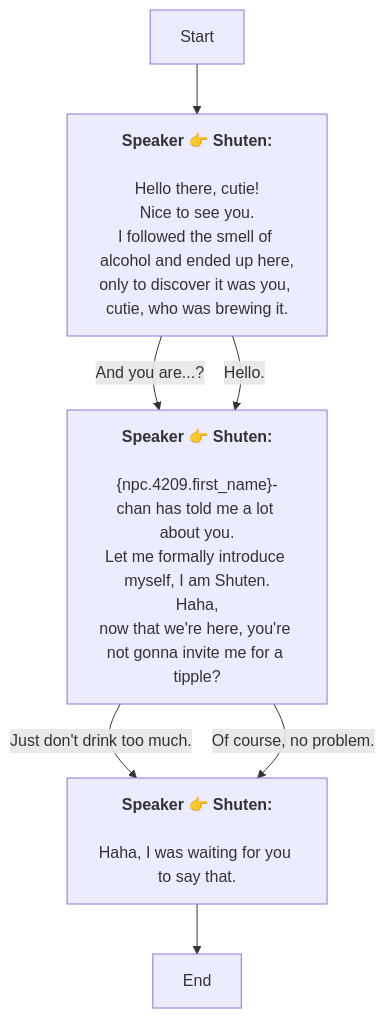
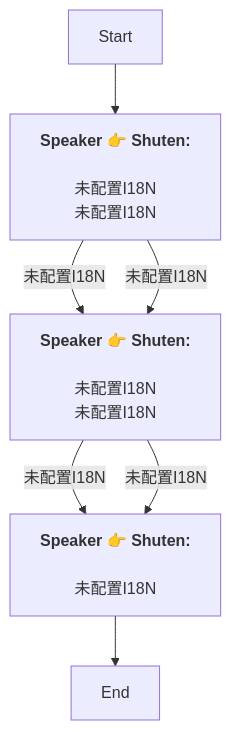
The diagram in En/QuestStartTalkENode_1754563439787790.md (SoftHu/tos_avg), drawn with Mermaid before and after one commit. The commit also changed 730 other files, not shown here.

````diff
--- a/En/QuestStartTalkENode_1754563439787790.md
+++ b/En/QuestStartTalkENode_1754563439787790.md
@@ -1,21 +1,15 @@
 ```mermaid
 graph
 Start -->1754563588606737[<b>Speaker 👉 Shuten:</b>
-\nHello there, cutie!
-Nice to see you.\nI followed the smell of alcohol and ended up here,
-only to discover it was you, cutie, who was brewing it.]
-1754563588606737 -->|And you are...?|1754563748030231[<b>Speaker 👉 Shuten:</b>
-\n&lbrace;npc.4209.first_name&rbrace;-chan has told me a lot about you.
-Let me formally introduce myself, I am Shuten.\nHaha,
-now that we're here, you're not gonna invite me for a tipple?]
-1754563588606737 -->|Hello.|1754563748030231[<b>Speaker 👉 Shuten:</b>
-\n&lbrace;npc.4209.first_name&rbrace;-chan has told me a lot about you.
-Let me formally introduce myself, I am Shuten.\nHaha,
-now that we're here, you're not gonna invite me for a tipple?]
-1754563748030231 -->|Just don't drink too much.|1754563823673117[<b>Speaker 👉 Shuten:</b>
-\nHaha, I was waiting for you to say that.]
-1754563748030231 -->|Of course, no problem.|1754563823673117[<b>Speaker 👉 Shuten:</b>
-\nHaha, I was waiting for you to say that.]
+\n未配置I18N\n未配置I18N]
+1754563588606737 -->|未配置I18N|1754563748030231[<b>Speaker 👉 Shuten:</b>
+\n未配置I18N\n未配置I18N]
+1754563588606737 -->|未配置I18N|1754563748030231[<b>Speaker 👉 Shuten:</b>
+\n未配置I18N\n未配置I18N]
+1754563748030231 -->|未配置I18N|1754563823673117[<b>Speaker 👉 Shuten:</b>
+\n未配置I18N]
+1754563748030231 -->|未配置I18N|1754563823673117[<b>Speaker 👉 Shuten:</b>
+\n未配置I18N]
 1754563823673117 -->1754563839989534[End]
 
 ```
````
